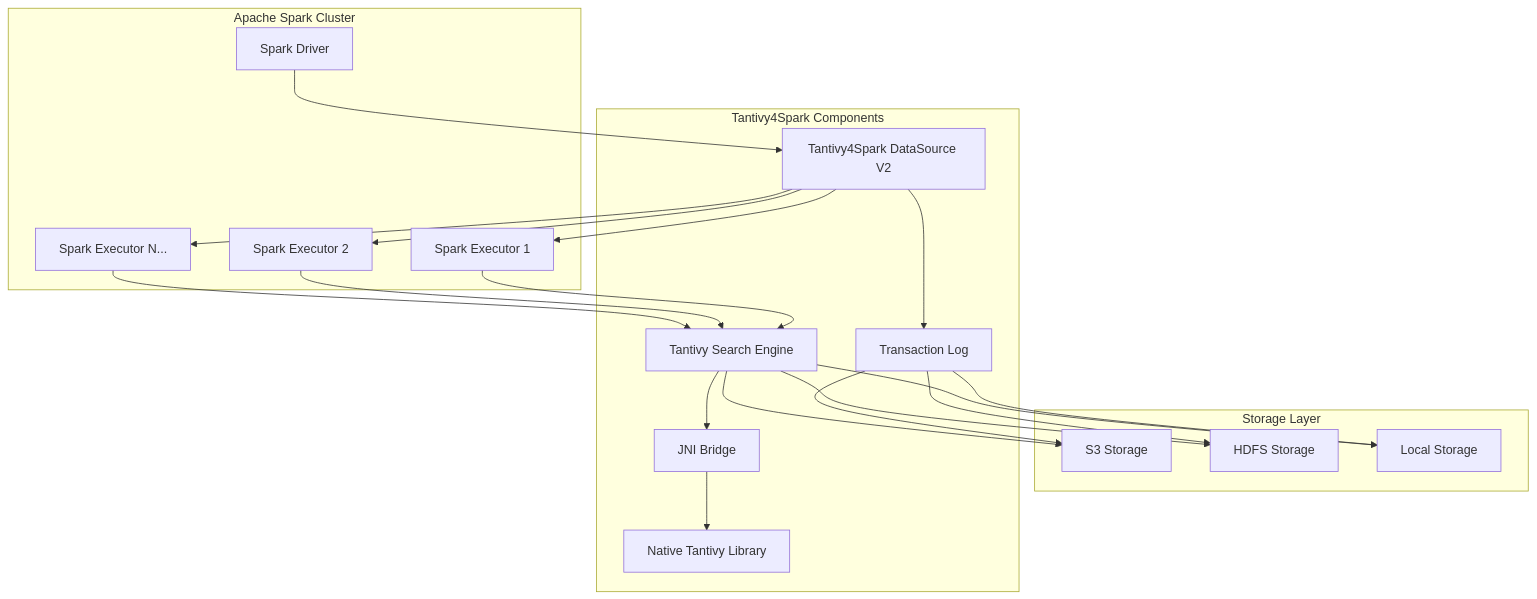
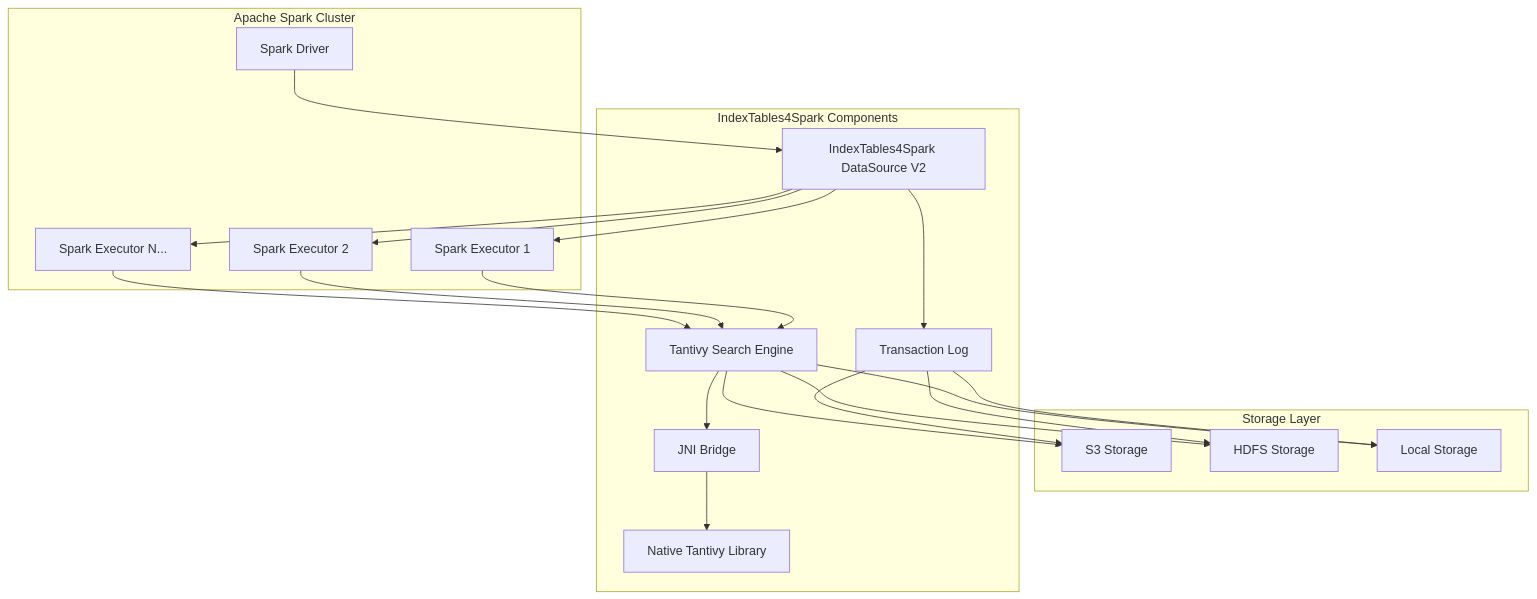
One commit to indextables/indextables_spark changed the first of 7 diagrams in docs/ARCHITECTURE.md. Above: the diagram before and after it, drawn with Mermaid. The commit also changed other lines of this file and 10 other files, not shown here.

````diff
--- a/docs/ARCHITECTURE.md
+++ b/docs/ARCHITECTURE.md
@@ -28,44 +28,44 @@
 ```mermaid
 graph TB
     subgraph "Apache Spark Cluster"
         Driver[Spark Driver]
         Executor1[Spark Executor 1]
         Executor2[Spark Executor 2]
         Executor3[Spark Executor N...]
     end
 
     subgraph "Storage Layer"
         S3[S3 Storage]
         HDFS[HDFS Storage]
         Local[Local Storage]
     end
 
-    subgraph "Tantivy4Spark Components"
-        DataSource[Tantivy4Spark DataSource V2]
+    subgraph "IndexTables4Spark Components"
+        DataSource[IndexTables4Spark DataSource V2]
         TxLog[Transaction Log]
         SearchEngine[Tantivy Search Engine]
         JNI[JNI Bridge]
         NativeLib[Native Tantivy Library]
     end
 
     Driver --> DataSource
     DataSource --> TxLog
     DataSource --> Executor1
     DataSource --> Executor2
     DataSource --> Executor3
 
     Executor1 --> SearchEngine
     Executor2 --> SearchEngine
     Executor3 --> SearchEngine
 
     SearchEngine --> JNI
     JNI --> NativeLib
 
     TxLog --> S3
     TxLog --> HDFS
     TxLog --> Local
 
     SearchEngine --> S3
     SearchEngine --> HDFS
     SearchEngine --> Local
 ```
````
